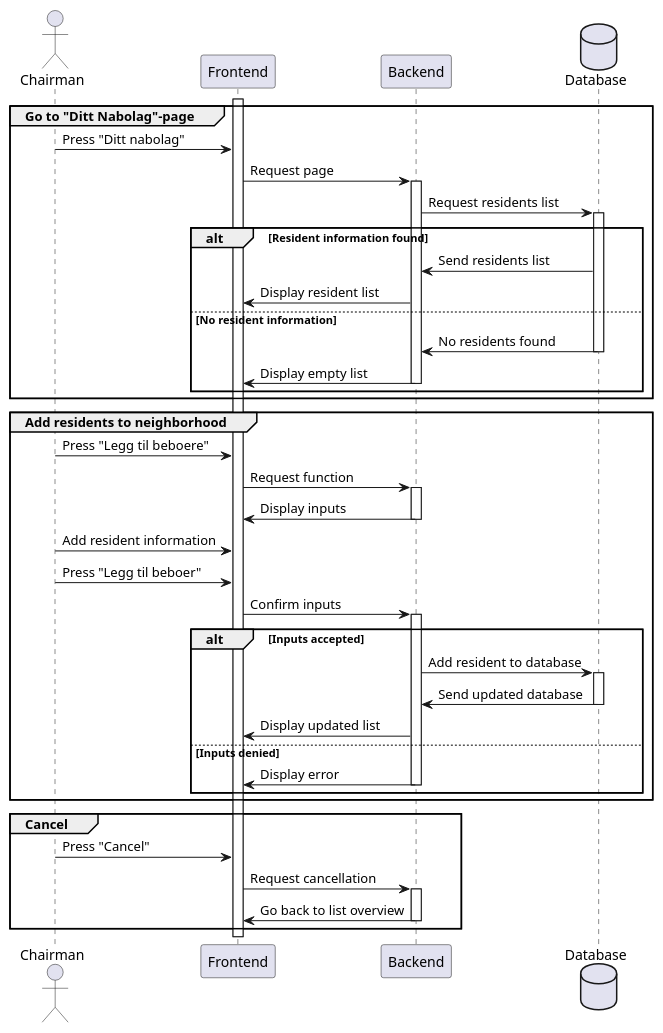
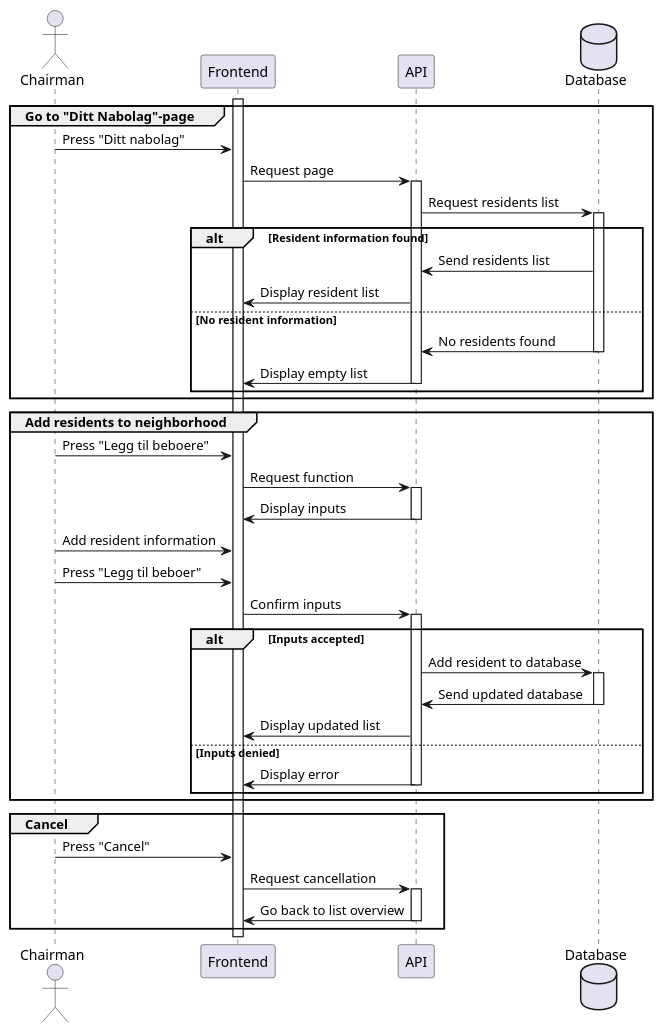
Before and after one commit to Brannersrud/Nabovarsel_UML: the diagram in Sequence-web-Chairman-add.plantuml, drawn with PlantUML. The commit also changed 22 other files, not shown here.

Commit message:
GANTT-diagram

```diff
--- a/Sequence-web-Chairman-add.plantuml
+++ b/Sequence-web-Chairman-add.plantuml
@@ -1,56 +1,56 @@
 @startuml Add residents
 actor Chairman
 participant Frontend
-participant Backend
+participant API
 database Database
 
 activate Frontend
 group Go to "Ditt Nabolag"-page
 Chairman -> Frontend : Press "Ditt nabolag"
-Frontend -> Backend : Request page
-activate Backend
-Backend -> Database : Request residents list
+Frontend -> API : Request page
+activate API
+API -> Database : Request residents list
 activate Database
     alt Resident information found 
-    Database -> Backend : Send residents list
-    Backend -> Frontend : Display resident list
+    Database -> API : Send residents list
+    API -> Frontend : Display resident list
     else No resident information
-    Database -> Backend : No residents found
+    Database -> API : No residents found
     deactivate Database
-    Backend -> Frontend : Display empty list
-    deactivate Backend
+    API -> Frontend : Display empty list
+    deactivate API
     end
 end
 group Add residents to neighborhood
 Chairman -> Frontend : Press "Legg til beboere"
-Frontend -> Backend : Request function
-activate Backend
-Backend -> Frontend : Display inputs
-deactivate Backend
+Frontend -> API : Request function
+activate API
+API -> Frontend : Display inputs
+deactivate API
 Chairman -> Frontend : Add resident information
 Chairman -> Frontend : Press "Legg til beboer"
-Frontend -> Backend : Confirm inputs
-activate Backend
+Frontend -> API : Confirm inputs
+activate API
     alt Inputs accepted
-    Backend -> Database : Add resident to database
+    API -> Database : Add resident to database
     activate Database
-    Database -> Backend : Send updated database
+    Database -> API : Send updated database
     deactivate Database
-    Backend -> Frontend : Display updated list
+    API -> Frontend : Display updated list
     else Inputs denied 
-    Backend -> Frontend : Display error
-    deactivate Backend
+    API -> Frontend : Display error
+    deactivate API
     end
 end
 
 group Cancel
 Chairman -> Frontend : Press "Cancel"
-Frontend -> Backend : Request cancellation
-activate Backend 
-Backend -> Frontend : Go back to list overview
-deactivate Backend
+Frontend -> API : Request cancellation
+activate API
+API -> Frontend : Go back to list overview
+deactivate API
 end
 
 
 
 @enduml
```
